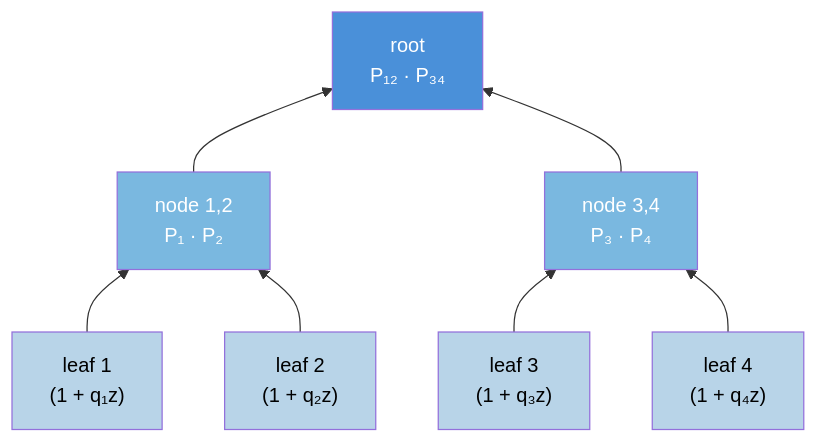
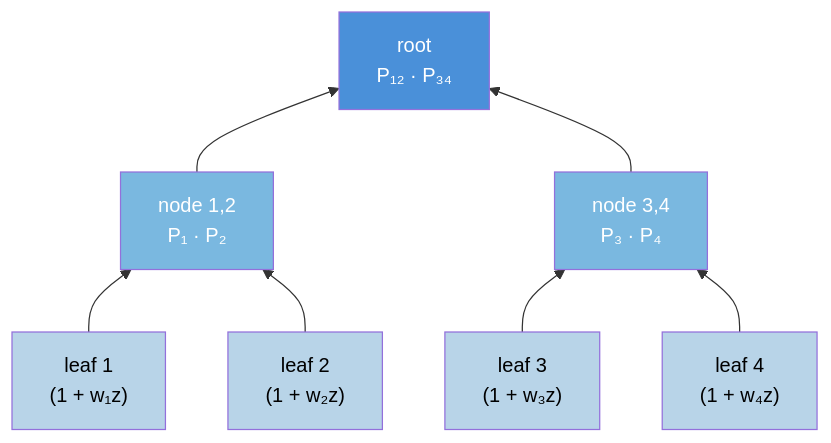
Before and after one commit to timvieira/conditional-poisson-sampling: the first of 3 diagrams in README.md, drawn with Mermaid. The commit also changed other lines of this file, not shown here.

````diff
--- a/README.md
+++ b/README.md
@@ -83,17 +83,17 @@
 ```mermaid
 graph BT
-    L1["leaf 1<br/>(1 + q₁z)"] --> N12["node 1,2<br/>P₁ · P₂"]
-    L2["leaf 2<br/>(1 + q₂z)"] --> N12
-    L3["leaf 3<br/>(1 + q₃z)"] --> N34["node 3,4<br/>P₃ · P₄"]
-    L4["leaf 4<br/>(1 + q₄z)"] --> N34
+    L1["leaf 1<br/>(1 + w₁z)"] --> N12["node 1,2<br/>P₁ · P₂"]
+    L2["leaf 2<br/>(1 + w₂z)"] --> N12
+    L3["leaf 3<br/>(1 + w₃z)"] --> N34["node 3,4<br/>P₃ · P₄"]
+    L4["leaf 4<br/>(1 + w₄z)"] --> N34
     N12 --> ROOT["root<br/>P₁₂ · P₃₄"]
     N34 --> ROOT
 
     style ROOT fill:#4a90d9,color:#fff
     style N12 fill:#7ab8e0,color:#fff
     style N34 fill:#7ab8e0,color:#fff
     style L1 fill:#b8d4e8,color:#000
     style L2 fill:#b8d4e8,color:#000
     style L3 fill:#b8d4e8,color:#000
     style L4 fill:#b8d4e8,color:#000
 ```
````
